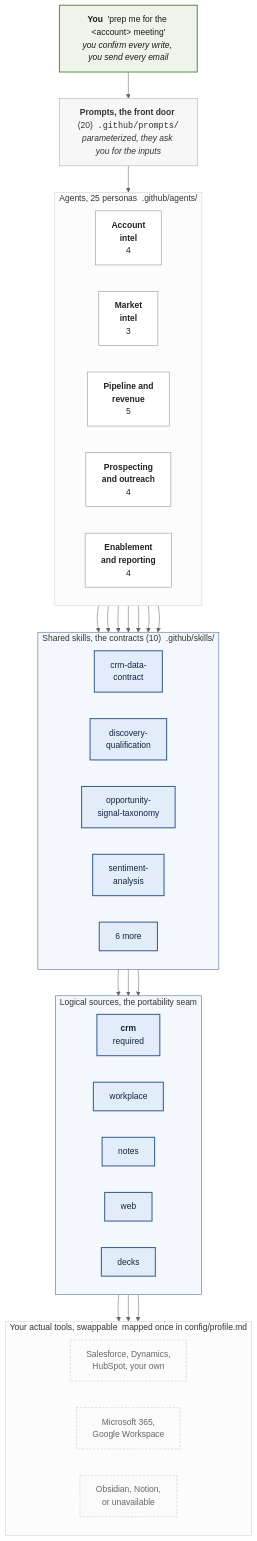
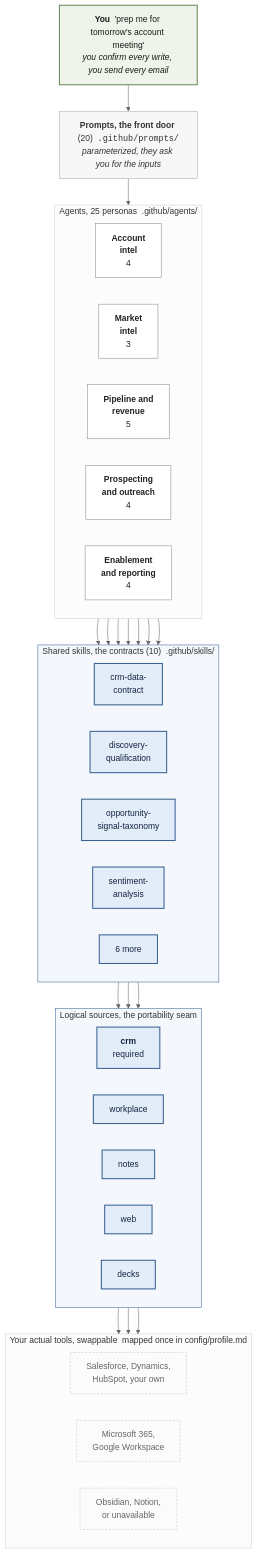
The first of 2 diagrams in README.md (alipouw13/sales-agent-foundation), drawn with Mermaid (neutral theme) before and after one commit.

Commit message:
Fix a placeholder that GitHub's Mermaid renderer stripped
The angle-bracket placeholder in the diagram's entry node was rendered as
nothing on GitHub, so the box read 'prep me for the meeting' with the
placeholder silently missing. Reworded so the label needs no HTML escaping.

Caught by rendering the pushed README in a browser rather than trusting the
local render, since GitHub's Mermaid pipeline is not the same as the CLI.

````diff
--- a/README.md
+++ b/README.md
@@ -78,70 +78,70 @@
 ```mermaid
 flowchart TB
-    H["<b>You</b>&nbsp;&nbsp;'prep me for the &lt;account&gt; meeting'<br/><i>you confirm every write, you send every email</i>"]:::human
+    H["<b>You</b>&nbsp;&nbsp;'prep me for tomorrow's account meeting'<br/><i>you confirm every write, you send every email</i>"]:::human
 
     P["<b>Prompts, the front door</b> (20)&nbsp;&nbsp;<code>.github/prompts/</code><br/><i>parameterized, they ask you for the inputs</i>"]:::plain
 
     subgraph A ["&nbsp;Agents, 25 personas&nbsp;&nbsp;.github/agents/&nbsp;"]
         direction LR
         A1["<b>Account<br/>intel</b><br/>4"]:::agent
         A2["<b>Market<br/>intel</b><br/>3"]:::agent
         A3["<b>Pipeline and<br/>revenue</b><br/>5"]:::agent
         A4["<b>Prospecting<br/>and outreach</b><br/>4"]:::agent
         A5["<b>Enablement<br/>and reporting</b><br/>4"]:::agent
     end
 
     subgraph S ["&nbsp;Shared skills, the contracts (10)&nbsp;&nbsp;.github/skills/&nbsp;"]
         direction LR
         S1["crm-data-<br/>contract"]:::key
         S2["discovery-<br/>qualification"]:::key
         S3["opportunity-<br/>signal-taxonomy"]:::key
         S4["sentiment-<br/>analysis"]:::key
         S5["6 more"]:::key
     end
 
     subgraph L ["&nbsp;Logical sources, the portability seam&nbsp;"]
         direction LR
         L1["<b>crm</b><br/>required"]:::src
         L2["workplace"]:::src
         L3["notes"]:::src
         L4["web"]:::src
         L5["decks"]:::src
     end
 
     subgraph T ["&nbsp;Your actual tools, swappable&nbsp;&nbsp;mapped once in config/profile.md&nbsp;"]
         direction LR
         T1["Salesforce, Dynamics,<br/>HubSpot, your own"]:::tool
         T2["Microsoft 365,<br/>Google Workspace"]:::tool
         T3["Obsidian, Notion,<br/>or unavailable"]:::tool
     end
 
     H --> P
     P --> A
 
     A1 --> S1
     A3 --> S1
     A5 --> S1
     A2 --> S3
     A4 --> S3
     A3 --> S2
     A2 --> S4
 
     S1 --> L1
     S2 --> L1
     S3 --> L4
 
     L1 --> T1
     L2 --> T2
     L3 --> T3
 
     classDef human fill:#eef4ea,stroke:#6a8c5a,stroke-width:2px,color:#1a1a1a
     classDef plain fill:#f7f7f7,stroke:#aaa,color:#333
     classDef agent fill:#ffffff,stroke:#8a8a8a,color:#222
     classDef key fill:#e3edfa,stroke:#3d6394,stroke-width:2px,color:#12233d
     classDef src fill:#e3edfa,stroke:#3d6394,stroke-width:2px,color:#12233d
     classDef tool fill:#fbfbfb,stroke:#c4c4c4,color:#666,stroke-dasharray: 4 3
     style A fill:#fcfcfc,stroke:#d0d0d0
     style S fill:#f4f8fd,stroke:#3d6394
     style L fill:#f4f8fd,stroke:#3d6394
     style T fill:#fcfcfc,stroke:#d0d0d0
 ```
````
